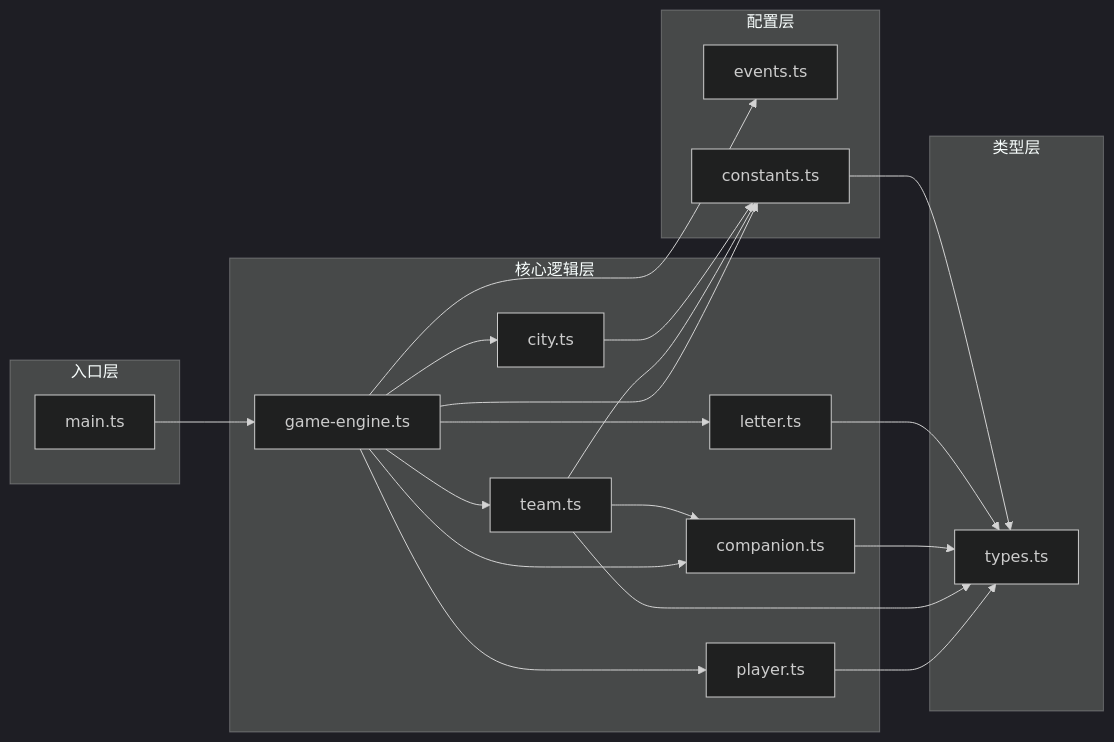
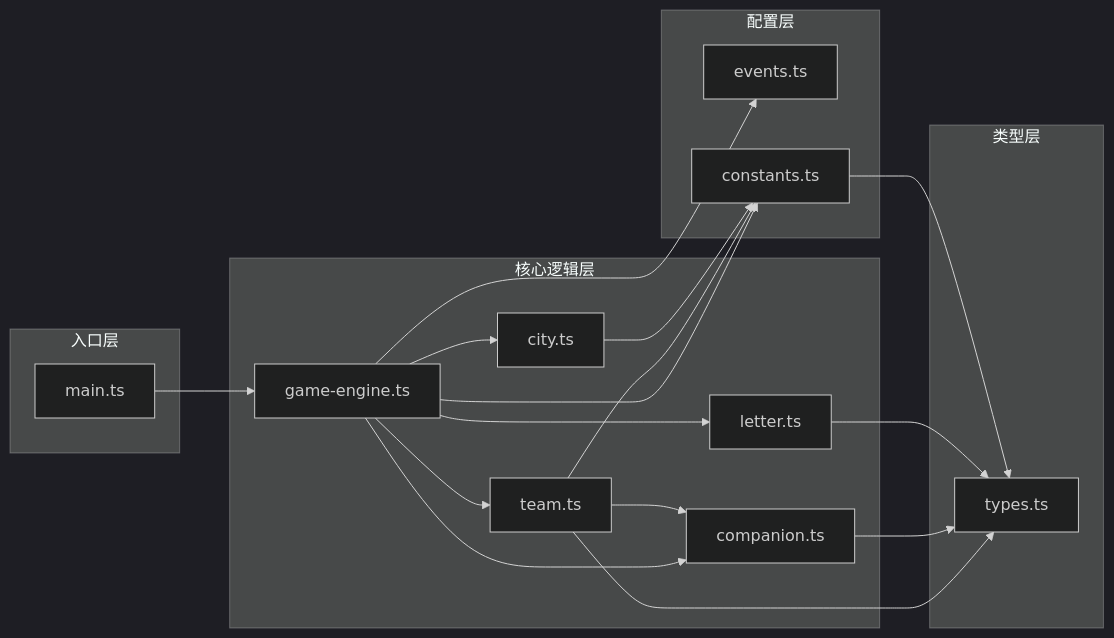
Before and after one commit to JohnZhu1995/paul-missionary-journey: the diagram in mermaid/1-dependency-graph.md, drawn with Mermaid (dark theme). The commit also changed other lines of this file and 7 other files, not shown here.

Commit message:
删除player流程图，重编文件序号

````diff
--- a/mermaid/1-dependency-graph.md
+++ b/mermaid/1-dependency-graph.md
@@ -3,43 +3,40 @@
 ```mermaid
 graph LR
     subgraph 入口层
         MAIN[main.ts]
     end
-    
+
     subgraph 核心逻辑层
         ENGINE[game-engine.ts]
-        PLAYER[player.ts]
         TEAM[team.ts]
         COMPANION[companion.ts]
         CITY[city.ts]
         LETTER[letter.ts]
     end
-    
+
     subgraph 配置层
         EVENTS[events.ts]
         CONSTANTS[constants.ts]
     end
-    
+
     subgraph 类型层
         TYPES[types.ts]
     end
-    
+
     MAIN --> ENGINE
-    ENGINE --> PLAYER
     ENGINE --> TEAM
     ENGINE --> COMPANION
     ENGINE --> CITY
     ENGINE --> LETTER
     ENGINE --> EVENTS
     ENGINE --> CONSTANTS
-    
-    PLAYER --> TYPES
+
     TEAM --> COMPANION
     TEAM --> CONSTANTS
     TEAM --> TYPES
     COMPANION --> TYPES
     CITY --> CONSTANTS
     LETTER --> TYPES
-    
+
     CONSTANTS --> TYPES
 ```
````
